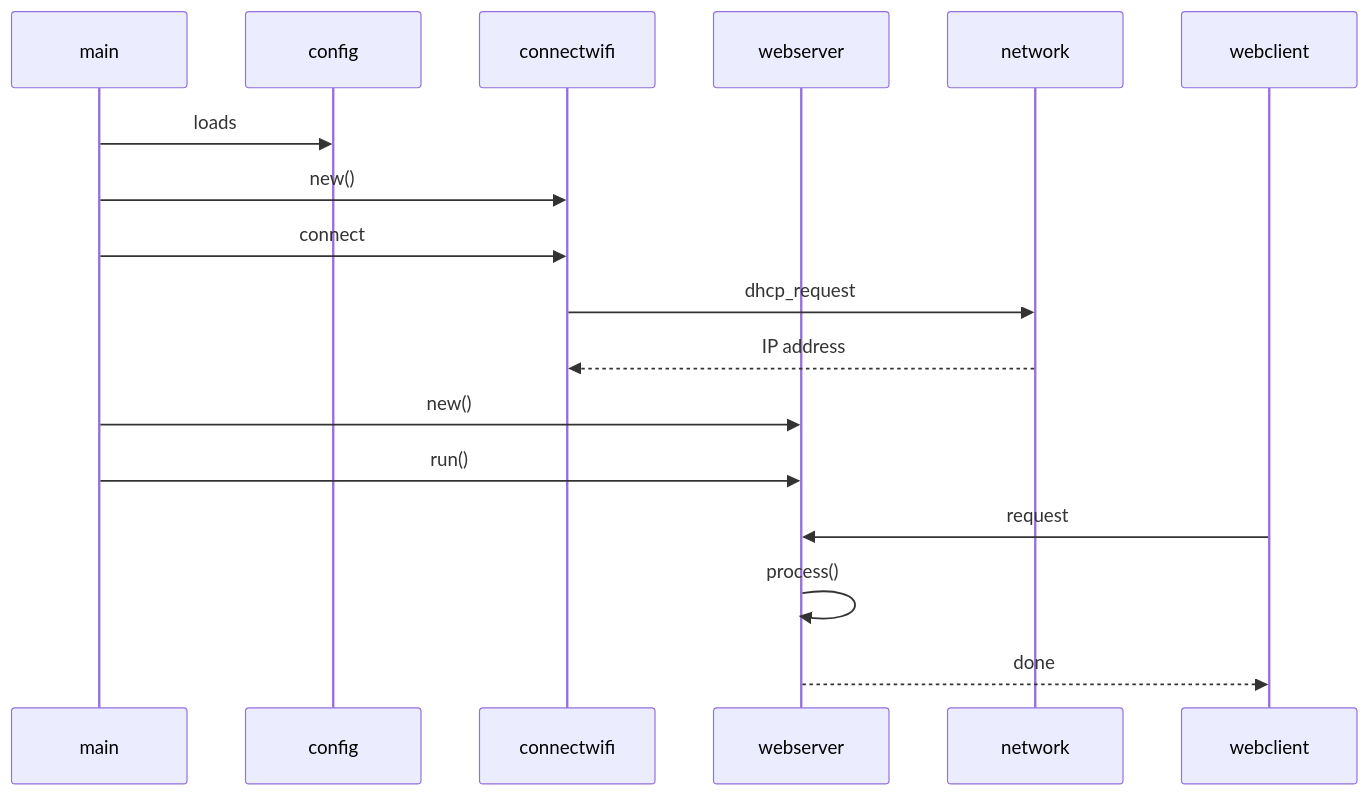
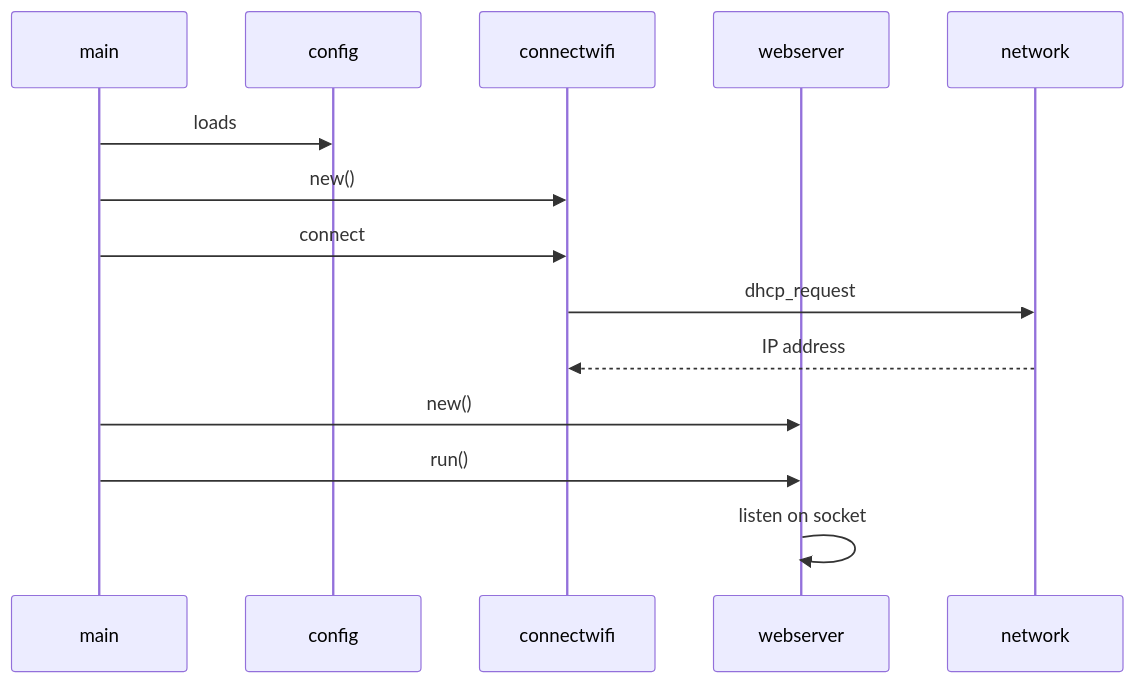
Before and after one commit to freemansoft/ESP8266-MicroPython: the second of 3 diagrams in README.md, drawn with Mermaid. The commit also changed other lines of this file and 1 other file, not shown here.

Commit message:
Broke apart Mermaid.js

````diff
--- a/README.md
+++ b/README.md
@@ -68,20 +71,17 @@
 ```mermaid
 sequenceDiagram
-participant main
-participant config
-participant connectwifi
-participant webserver
-participant network
-participant webclient
+    participant main
+    participant config
+    participant connectwifi
+    participant webserver
+    participant network
 
-main ->> config: loads
-main ->> connectwifi: new()
-main ->> connectwifi: connect
-connectwifi ->> network: dhcp_request
-network -->> connectwifi: IP address
-main ->> webserver: new()
-main ->> webserver: run()
-webclient ->> webserver: request
-webserver ->> webserver: process()
-webserver -->> webclient: done
+    main ->> config: loads
+    main ->> connectwifi: new()
+    main ->> connectwifi: connect
+    connectwifi ->> network: dhcp_request
+    network -->> connectwifi: IP address
+    main ->> webserver: new()
+    main ->> webserver: run()
+    webserver ->> webserver: listen on socket
 ```
````
